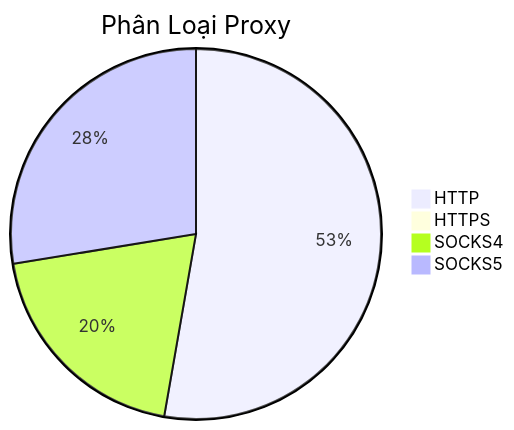
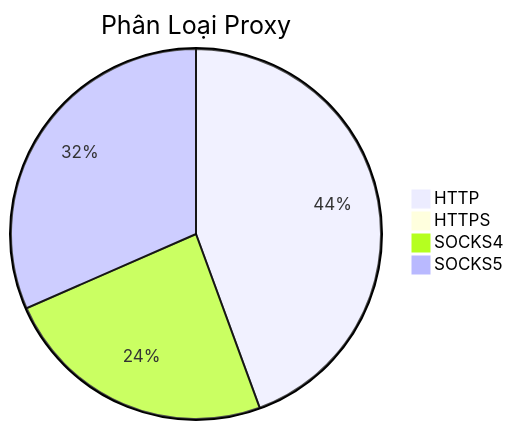
One commit to Ciara-12/PROXY-free changed the diagram in README.md. Above: the diagram before and after it, drawn with Mermaid. The commit also changed other lines of this file and 3 other files, not shown here.

````diff
--- a/README.md
+++ b/README.md
@@ -26,7 +26,7 @@
 ```mermaid
 pie title Phân Loại Proxy
-    "HTTP" : 767
+    "HTTP" : 588
     "HTTPS" : 0
-    "SOCKS4" : 286
-    "SOCKS5" : 401
+    "SOCKS4" : 318
+    "SOCKS5" : 418
 ```
````
